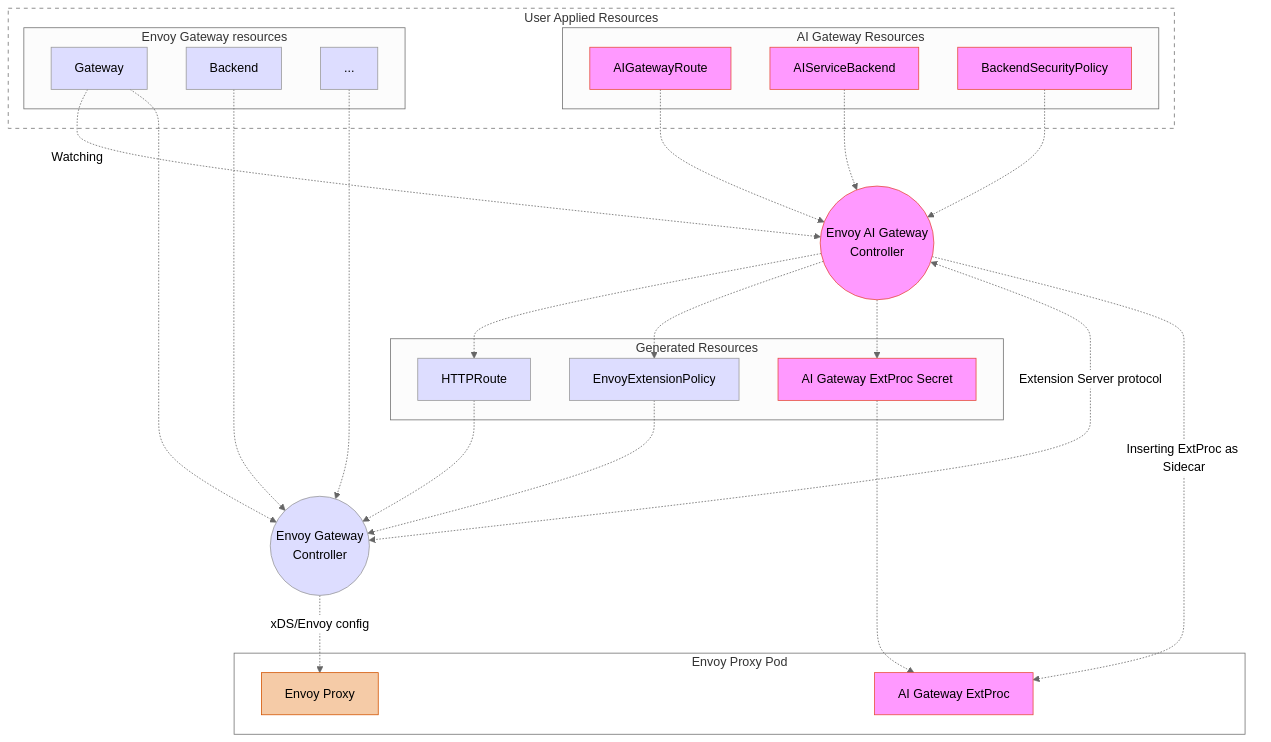
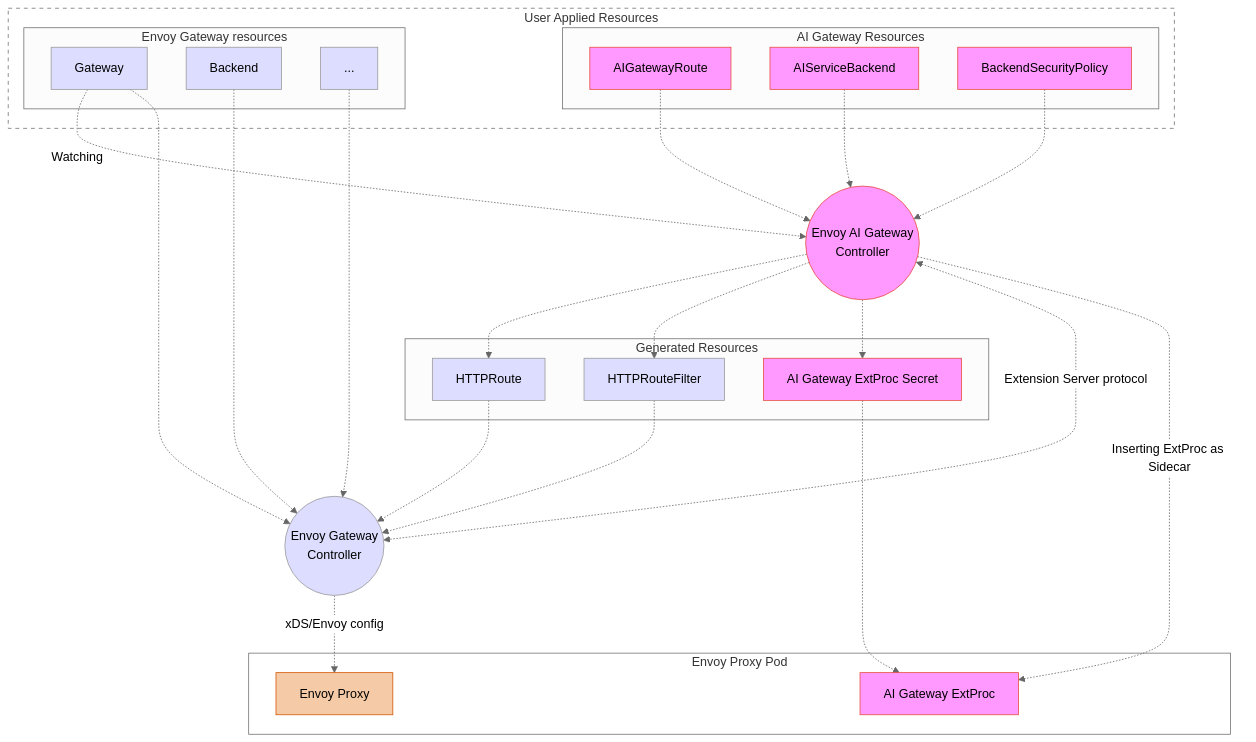
The diagram in site/docs/concepts/architecture/control-plane.md (yduwcui/ai-gateway), drawn with Mermaid (neutral theme) before and after one commit. The commit also changed other lines of this file and 16 other files, not shown here.

````diff
--- a/site/docs/concepts/architecture/control-plane.md
+++ b/site/docs/concepts/architecture/control-plane.md
@@ -11,61 +11,61 @@
 ```mermaid
 graph TB
     %% Define styles for different component categories
     classDef aiGatewayStyle fill:#f9f,stroke:#E74C3C,color:#000
     classDef envoyGatewayStyle fill:#ddf,stroke:#none,color:#000
     classDef aiGatewayResourceStyle fill:#f9f,stroke:#E74C3C,color:#000
     classDef envoyGatewayResourceStyle fill:#ddf,stroke:#none,color:#000
     classDef generatedResourceStyle fill:#ddf,stroke:#none,color:#000
     classDef envoyProxyStyle fill:#F5CBA7,stroke:#D35400,color:#000
     classDef aiGatewayExtProcStyle fill:#f9f,stroke:#E74C3C,color:#000
 
     subgraph "UserAppliedResources"["User Applied Resources"]
         subgraph "AI Gateway Resources"
             AIGatewayRoute:::aiGatewayResourceStyle
             AIServiceBackend:::aiGatewayResourceStyle
             BackendSecurityPolicy:::aiGatewayResourceStyle
         end
         subgraph "Envoy Gateway resources"
             Gateway:::envoyGatewayResourceStyle
             Backend:::envoyGatewayResourceStyle
             EGDots[...]:::envoyGatewayResourceStyle
         end
     end
     style UserAppliedResources fill:none,stroke-dasharray:5
 
     AIGateway((Envoy AI Gateway
                     Controller)):::aiGatewayStyle
     EnvoyGateway((Envoy Gateway
                     Controller)):::envoyGatewayStyle
     subgraph "Generated Resources"
         HTTPRoute:::generatedResourceStyle
-        EnvoyExtensionPolicy:::generatedResourceStyle
+        HTTPRouteFilter:::generatedResourceStyle
         ExtProcConfigSecret[AI Gateway ExtProc Secret]:::aiGatewayExtProcStyle
     end
 
     subgraph "EnvoyProxyPod"[Envoy Proxy Pod]
         EnvoyProxy[Envoy Proxy]:::envoyProxyStyle
         AIExtProc[AI Gateway ExtProc]:::aiGatewayExtProcStyle
     end
     style EnvoyProxyPod fill:none,stroke:5
 
     AIGatewayRoute -.->AIGateway
     AIServiceBackend -.->AIGateway
     BackendSecurityPolicy -.->AIGateway
     Gateway -.->|Watching|AIGateway
 
     Gateway -.->EnvoyGateway
     Backend -.->EnvoyGateway
     EGDots -.->EnvoyGateway
 
     AIGateway -.->HTTPRoute
-    AIGateway -.->EnvoyExtensionPolicy
+    AIGateway -.->HTTPRouteFilter
     AIGateway -.->ExtProcConfigSecret
     HTTPRoute -.->EnvoyGateway
-    EnvoyExtensionPolicy -.->EnvoyGateway
+    HTTPRouteFilter -.->EnvoyGateway
     ExtProcConfigSecret -.->AIExtProc
 
     EnvoyGateway -.->|xDS/Envoy config|EnvoyProxy
     AIGateway <-.->|Extension Server protocol|EnvoyGateway
     AIGateway -.->|Inserting ExtProc as Sidecar|AIExtProc
 ```
````
